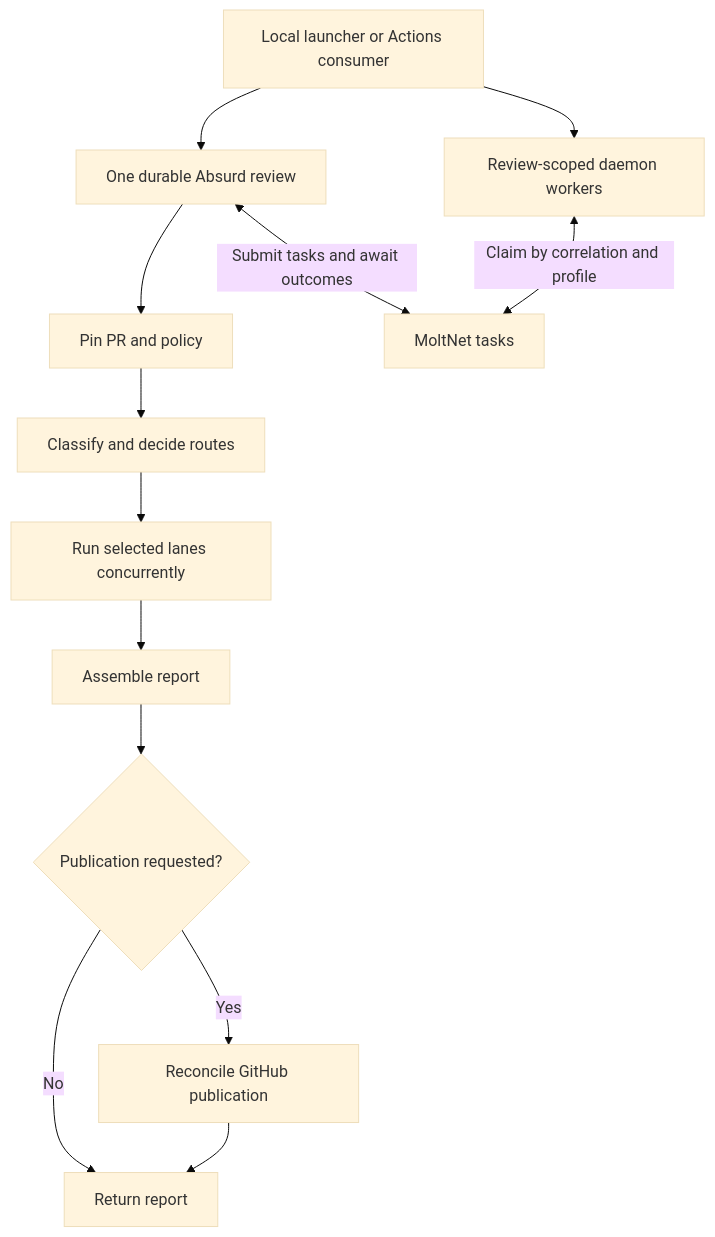
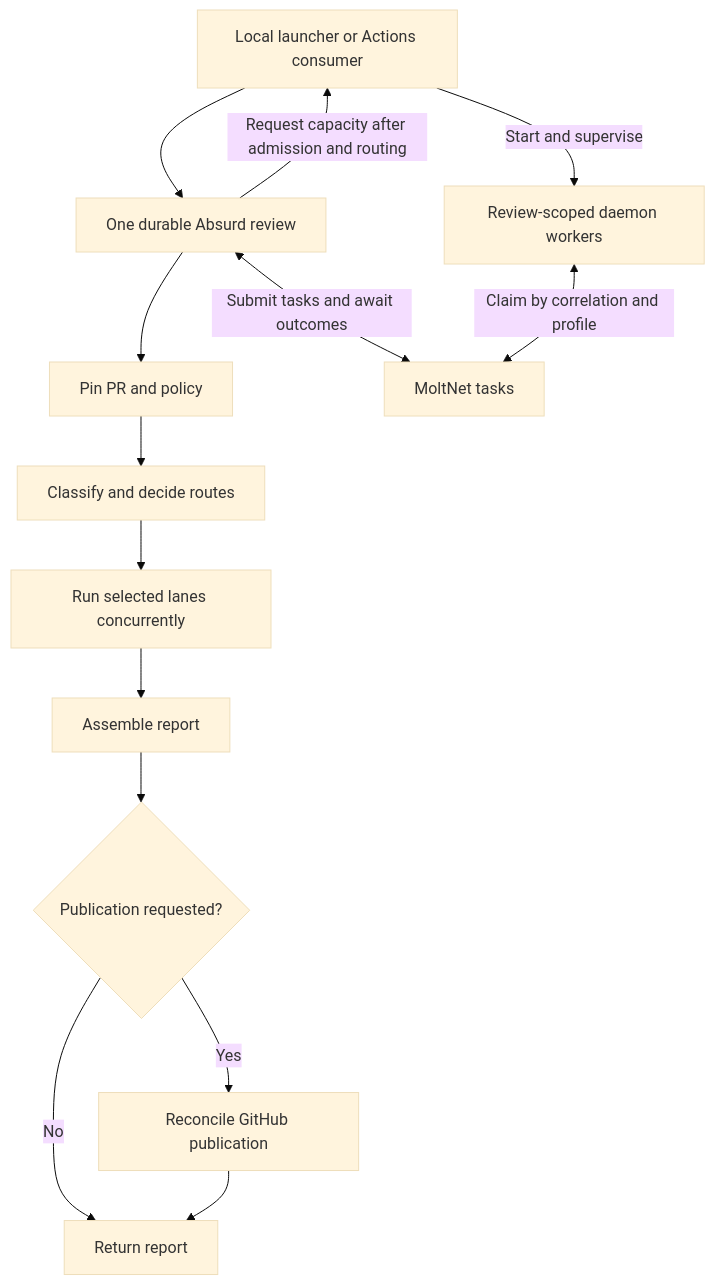
The first of 2 diagrams in libs/adaptive-review/EXECUTION.md (getlarge/themoltnet), drawn with Mermaid (base theme) before and after one commit. The commit also changed other lines of this file and 4 other files, not shown here.

````diff
--- a/libs/adaptive-review/EXECUTION.md
+++ b/libs/adaptive-review/EXECUTION.md
@@ -82,15 +88,16 @@
 ```mermaid
 flowchart TD
     Host[Local launcher or Actions consumer] --> Workflow[One durable Absurd review]
-    Host --> Workers[Review-scoped daemon workers]
+    Workflow -->|Request capacity after admission and routing| Host
+    Host -->|Start and supervise| Workers[Review-scoped daemon workers]
     Workflow --> Pin[Pin PR and policy]
     Pin --> Classify[Classify and decide routes]
     Classify --> Lanes[Run selected lanes concurrently]
     Lanes --> Report[Assemble report]
     Report --> Publish{Publication requested?}
     Publish -->|Yes| GitHub[Reconcile GitHub publication]
     Publish -->|No| Done[Return report]
     GitHub --> Done
     Workflow <-->|Submit tasks and await outcomes| API[MoltNet tasks]
     Workers <-->|Claim by correlation and profile| API
 ```
````
